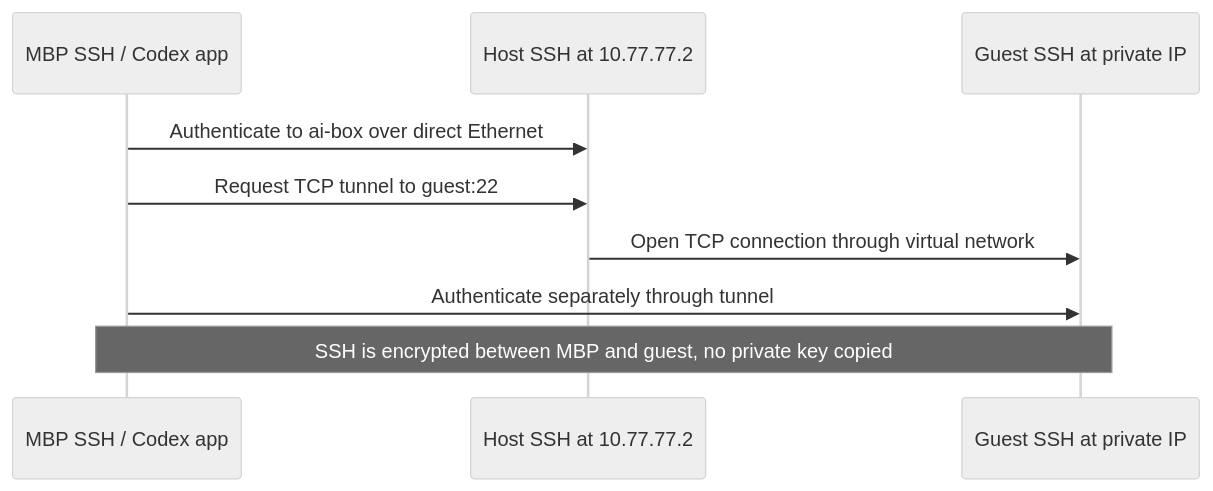
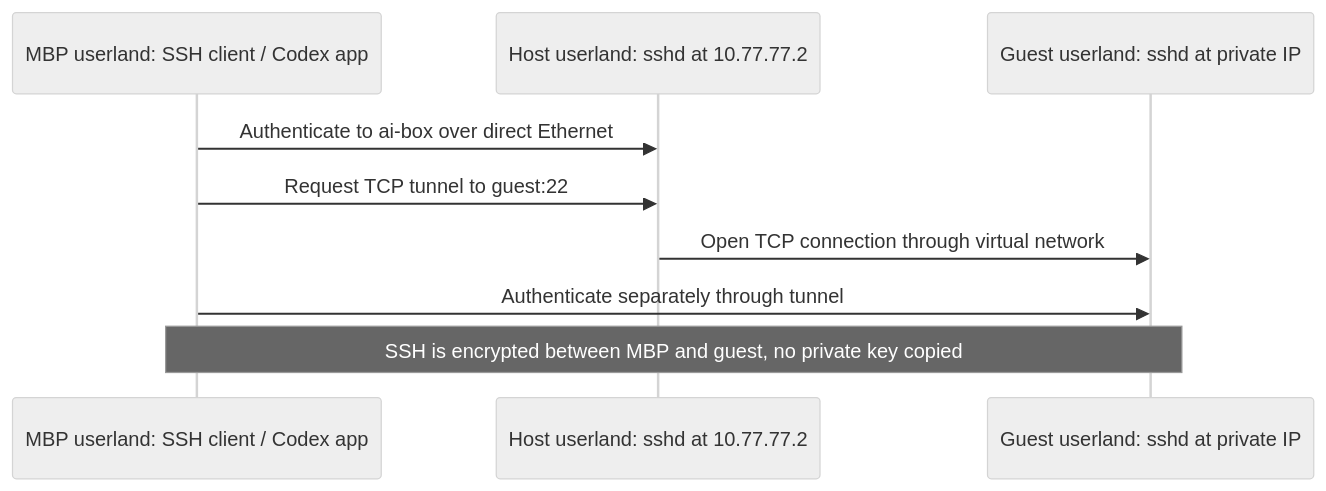
The ninth of 9 diagrams in docs/gpu-vm-explained.md (andyjakubowski/dotfiles-ubuntu), drawn with Mermaid (neutral theme) before and after one commit. The commit also changed other lines of this file and 9 other files, not shown here.

````diff
--- a/docs/gpu-vm-explained.md
+++ b/docs/gpu-vm-explained.md
@@ -430,11 +720,11 @@
 ```mermaid
 sequenceDiagram
-    participant M as MBP SSH / Codex app
-    participant H as Host SSH at 10.77.77.2
-    participant G as Guest SSH at private IP
+    participant M as MBP userland: SSH client / Codex app
+    participant H as Host userland: sshd at 10.77.77.2
+    participant G as Guest userland: sshd at private IP
     M->>H: Authenticate to ai-box over direct Ethernet
     M->>H: Request TCP tunnel to guest:22
     H->>G: Open TCP connection through virtual network
     M->>G: Authenticate separately through tunnel
     Note over M,G: SSH is encrypted between MBP and guest, no private key copied
 ```
````
